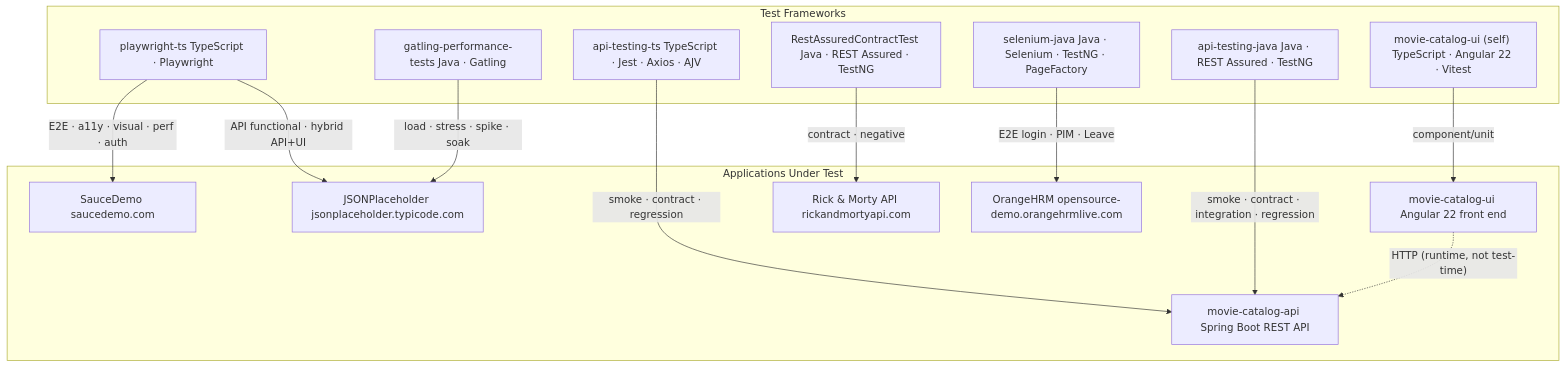
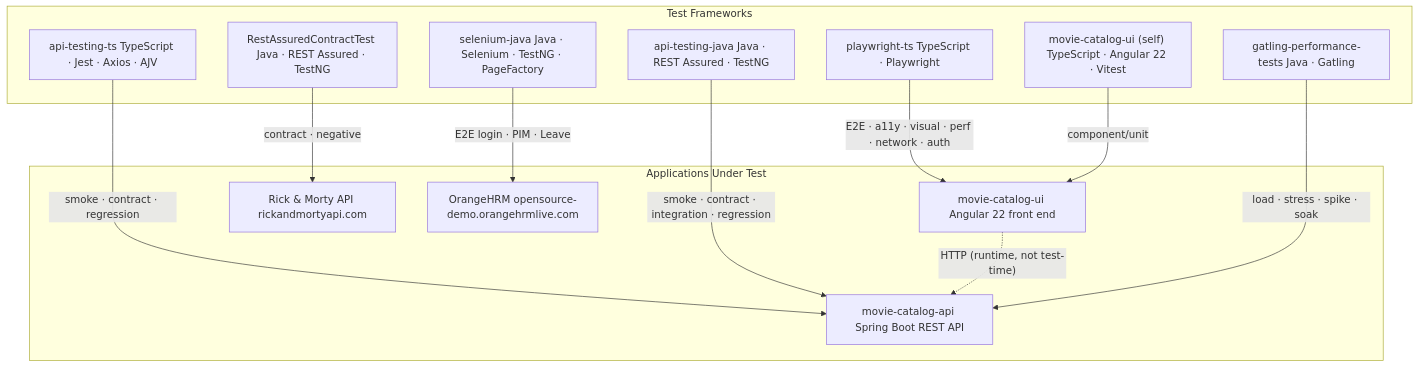
One commit to EnesAkyel/test-strategy changed the first of 7 diagrams in architecture/system-architecture.md. Above: the diagram before and after it, drawn with Mermaid. The commit also changed other lines of this file and 9 other files, not shown here.

````diff
--- a/architecture/system-architecture.md
+++ b/architecture/system-architecture.md
@@ -7,31 +7,28 @@
 ```mermaid
 graph TB
     subgraph Apps["Applications Under Test"]
-        SD["SauceDemo saucedemo.com"]
-        JP["JSONPlaceholder jsonplaceholder.typicode.com"]
         MC["movie-catalog-api Spring Boot REST API"]
         MU["movie-catalog-ui Angular 22 front end"]
         RM["Rick & Morty API rickandmortyapi.com"]
         OH["OrangeHRM opensource-demo.orangehrmlive.com"]
     end
 
     subgraph Frameworks["Test Frameworks"]
         PW["playwright-ts TypeScript · Playwright"]
         AT["api-testing-ts TypeScript · Jest · Axios · AJV"]
         AJ["api-testing-java Java · REST Assured · TestNG"]
         MUT["movie-catalog-ui (self) TypeScript · Angular 22 · Vitest"]
         GA["gatling-performance-tests Java · Gatling"]
         RA["RestAssuredContractTest Java · REST Assured · TestNG"]
         SJ["selenium-java Java · Selenium · TestNG · PageFactory"]
     end
 
-    PW -->|"E2E · a11y · visual · perf · auth"| SD
-    PW -->|"API functional · hybrid API+UI"| JP
+    PW -->|"E2E · a11y · visual · perf · network · auth"| MU
     AT -->|"smoke · contract · regression"| MC
     AJ -->|"smoke · contract · integration · regression"| MC
     MUT -->|"component/unit"| MU
     MU -.->|"HTTP (runtime, not test-time)"| MC
-    GA -->|"load · stress · spike · soak"| JP
+    GA -->|"load · stress · spike · soak"| MC
     RA -->|"contract · negative"| RM
     SJ -->|"E2E login · PIM · Leave"| OH
 ```
````
